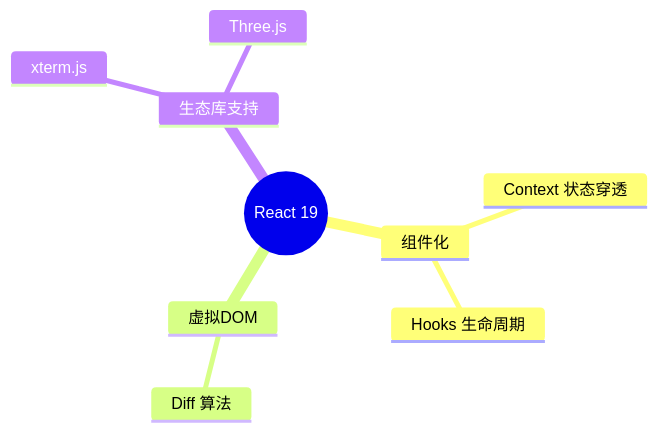
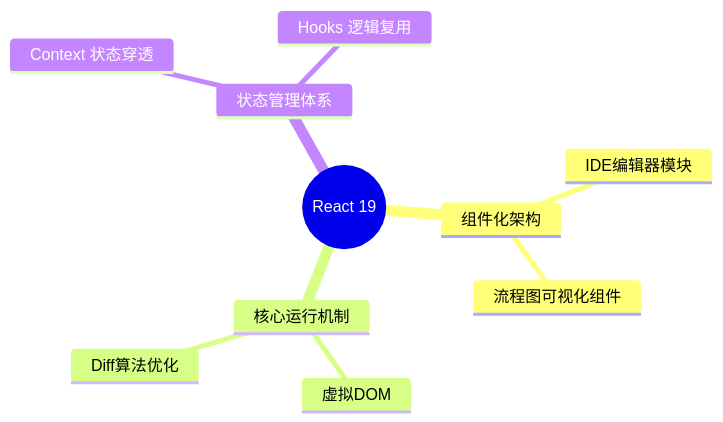
One commit to liusongqin/Agent-Playground-Paper changed the second of 10 diagrams in Paper-2.md. Above: the diagram before and after it, drawn with Mermaid.

Commit message:
Refine mindmap and enhance React feature descriptions
Updated mindmap structure and added details on React features.

````diff
--- a/Paper-2.md
+++ b/Paper-2.md
@@ -86,12 +86,13 @@
 ```mermaid
 mindmap
   root((React 19))
-    组件化
+    组件化架构
+      IDE编辑器模块
+      流程图可视化组件
+    核心运行机制
+      虚拟DOM
+      Diff算法优化
+    状态管理体系
       Context 状态穿透
-      Hooks 生命周期
-    虚拟DOM
-      Diff 算法
-    生态库支持
-      xterm.js
-      Three.js
+      Hooks 逻辑复用
 ```
````
